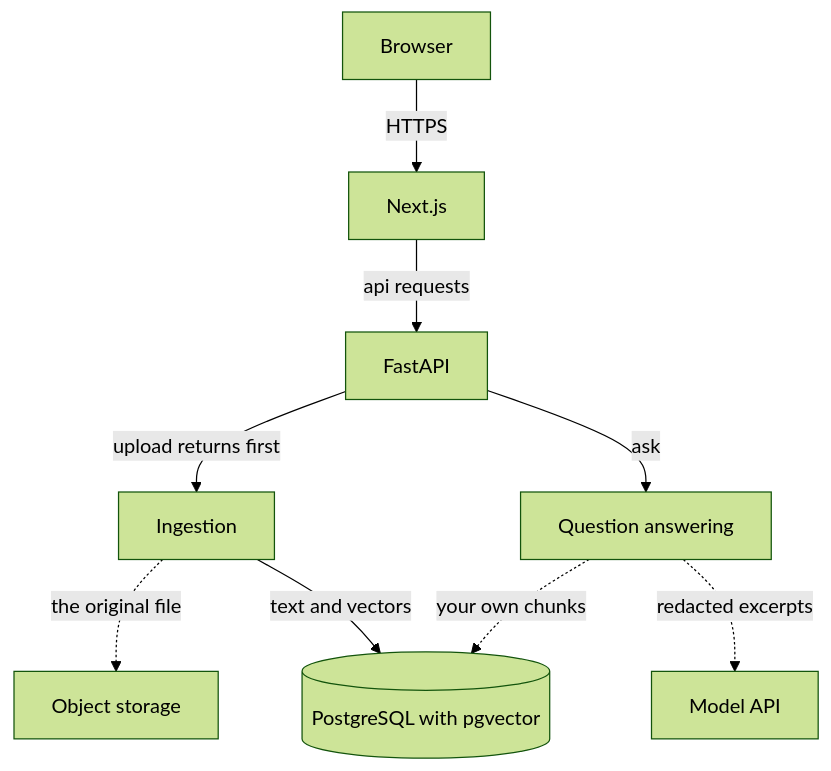
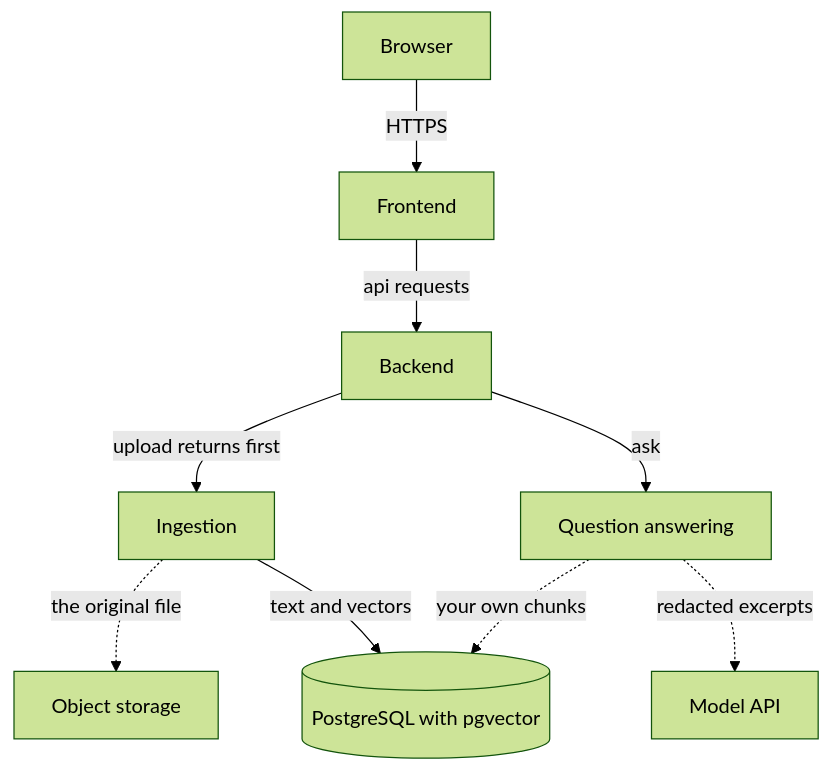
One commit to Inline090/MedySinc changed the diagram in README.md. Above: the diagram before and after it, drawn with Mermaid (forest theme). The commit also changed other lines of this file, not shown here.

````diff
--- a/README.md
+++ b/README.md
@@ -9,20 +9,20 @@
 ```mermaid
 flowchart TD
     Browser["Browser"]
-    Web["Next.js"]
-    API["FastAPI"]
+    Web["Frontend"]
+    API["Backend"]
     Ingest["Ingestion"]
     Ask["Question answering"]
     DB[("PostgreSQL with pgvector")]
     Store["Object storage"]
     Model["Model API"]
 
     Browser -->|HTTPS| Web
     Web -->|"api requests"| API
     API -->|"upload returns first"| Ingest
     API -->|ask| Ask
     Ingest -.->|"the original file"| Store
     Ask -.->|"redacted excerpts"| Model
     Ingest -->|"text and vectors"| DB
     Ask -.->|"your own chunks"| DB
 ```
````
